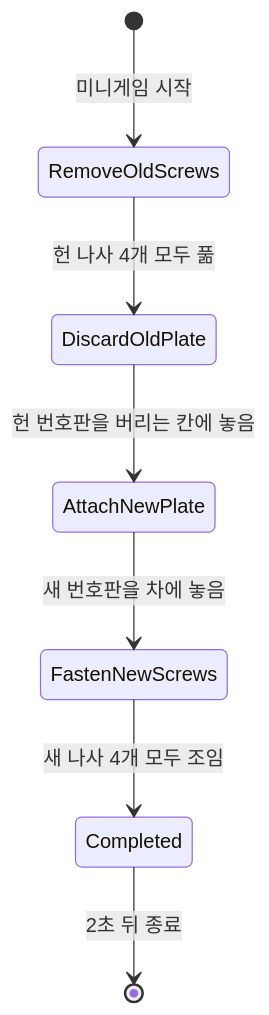
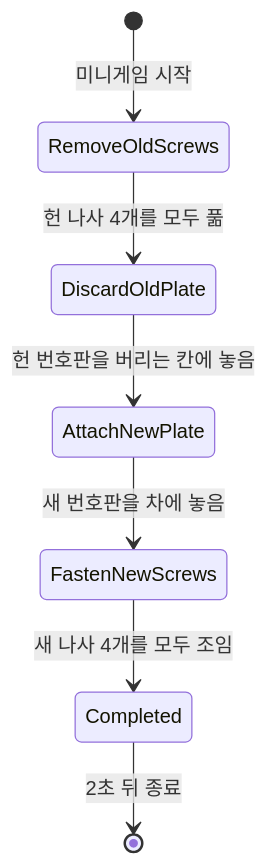
Before and after one commit to Lets-Gitit/portfolio: the fifth of 6 diagrams in src/3-Thief/프로젝트문서.md, drawn with Mermaid. The commit also changed other lines of this file and 8 other files, not shown here.

````diff
--- a/src/3-Thief/프로젝트문서.md
+++ b/src/3-Thief/프로젝트문서.md
@@ -605,13 +470,9 @@
 ```mermaid
----
-config:
-  layout: elk
----
 stateDiagram-v2
     [*] --> RemoveOldScrews : 미니게임 시작
-    RemoveOldScrews --> DiscardOldPlate : 헌 나사 4개 모두 풂
+    RemoveOldScrews --> DiscardOldPlate : 헌 나사 4개를 모두 풂
     DiscardOldPlate --> AttachNewPlate : 헌 번호판을 버리는 칸에 놓음
     AttachNewPlate --> FastenNewScrews : 새 번호판을 차에 놓음
-    FastenNewScrews --> Completed : 새 나사 4개 모두 조임
+    FastenNewScrews --> Completed : 새 나사 4개를 모두 조임
     Completed --> [*] : 2초 뒤 종료
 ```
````
